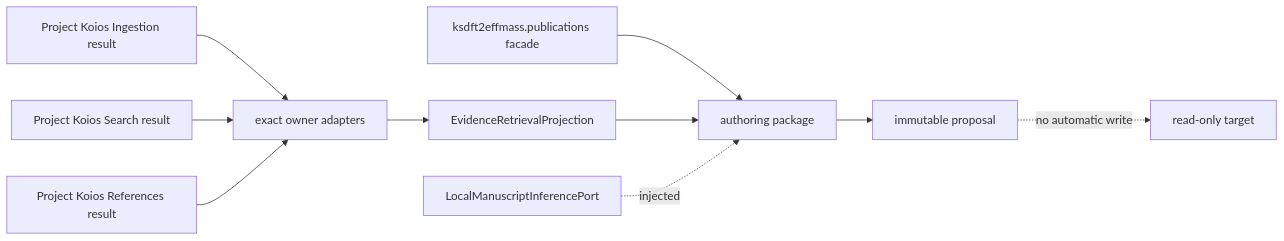
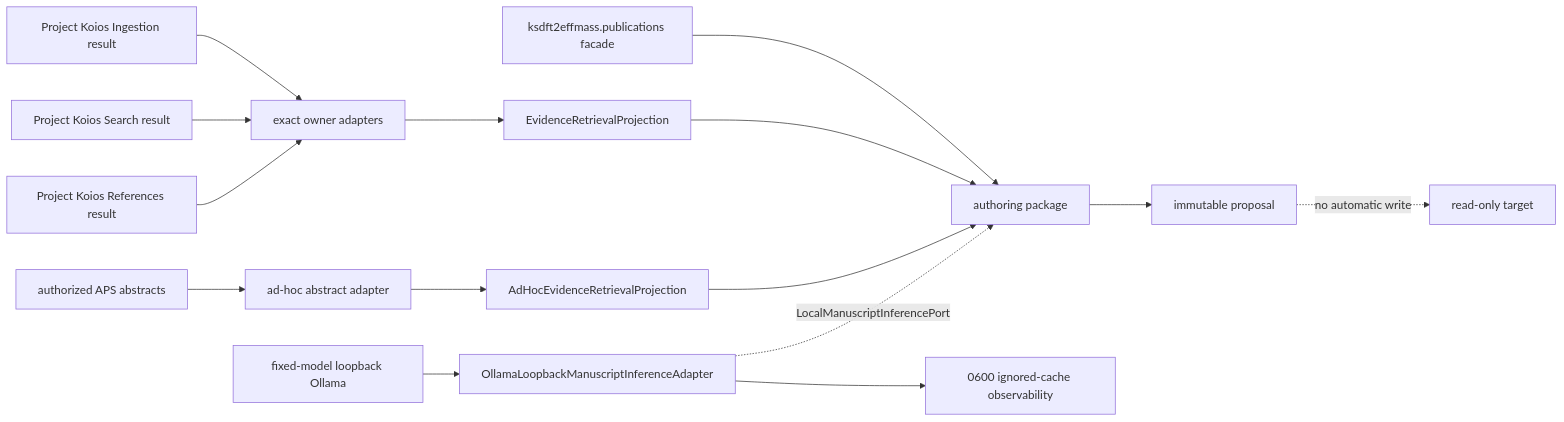
One commit to eragasa/ksdft2effmass changed the diagram in docs/architecture/ksdft2effmass/publications/schematic.md. Above: the diagram before and after it, drawn with Mermaid. The commit also changed other lines of this file and 71 other files, not shown here.

Commit message:
Add retained local abstract authoring path

````diff
--- a/docs/architecture/ksdft2effmass/publications/schematic.md
+++ b/docs/architecture/ksdft2effmass/publications/schematic.md
@@ -3,12 +3,17 @@
 ```mermaid
 flowchart LR
     Facade["ksdft2effmass.publications facade"] --> Authoring["authoring package"]
     Ingestion["Project Koios Ingestion result"] --> Adapters["exact owner adapters"]
     Retrieval["Project Koios Search result"] --> Adapters
     References["Project Koios References result"] --> Adapters
+    Abstracts["authorized APS abstracts"] --> AdHoc["ad-hoc abstract adapter"]
+    AdHoc --> AdHocProjection["AdHocEvidenceRetrievalProjection"]
     Adapters --> Projection["EvidenceRetrievalProjection"]
     Projection --> Authoring
-    Inference["LocalManuscriptInferencePort"] -. "injected" .-> Authoring
+    AdHocProjection --> Authoring
+    Ollama["fixed-model loopback Ollama"] --> InferenceAdapter["OllamaLoopbackManuscriptInferenceAdapter"]
+    InferenceAdapter -. "LocalManuscriptInferencePort" .-> Authoring
+    InferenceAdapter --> Cache["0600 ignored-cache observability"]
     Authoring --> Proposal["immutable proposal"]
     Proposal -. "no automatic write" .-> Target["read-only target"]
 ```
````
